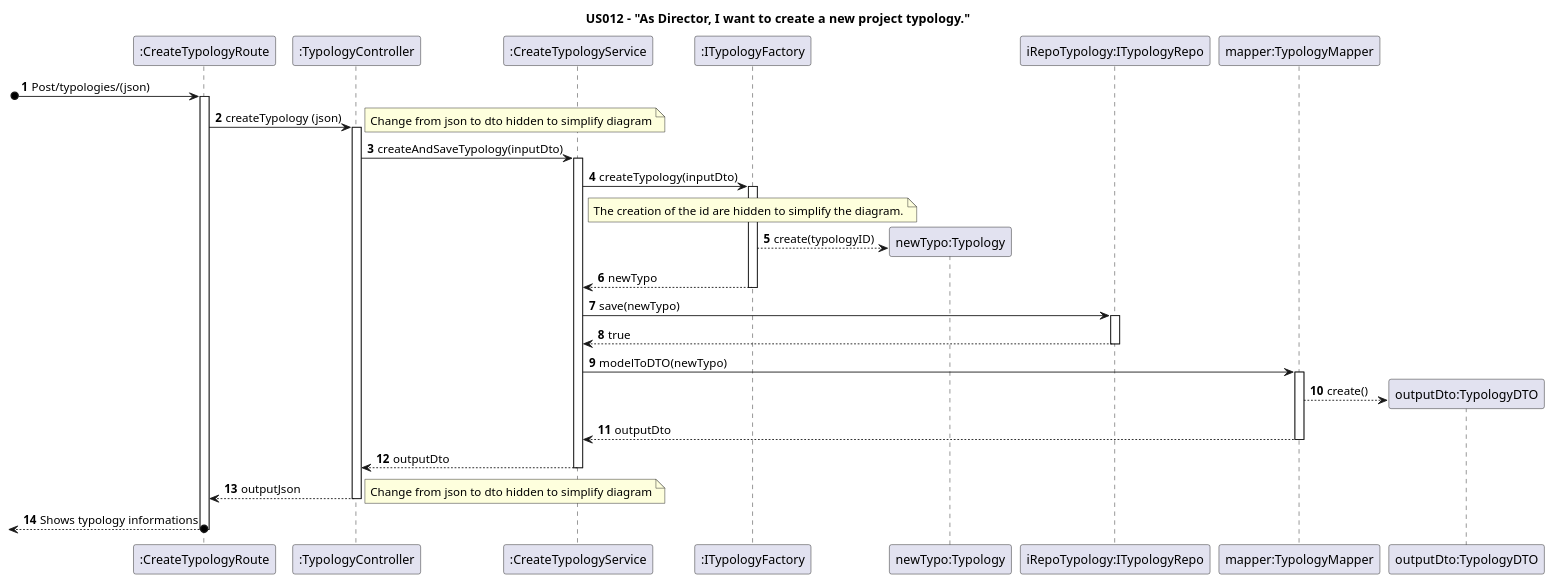
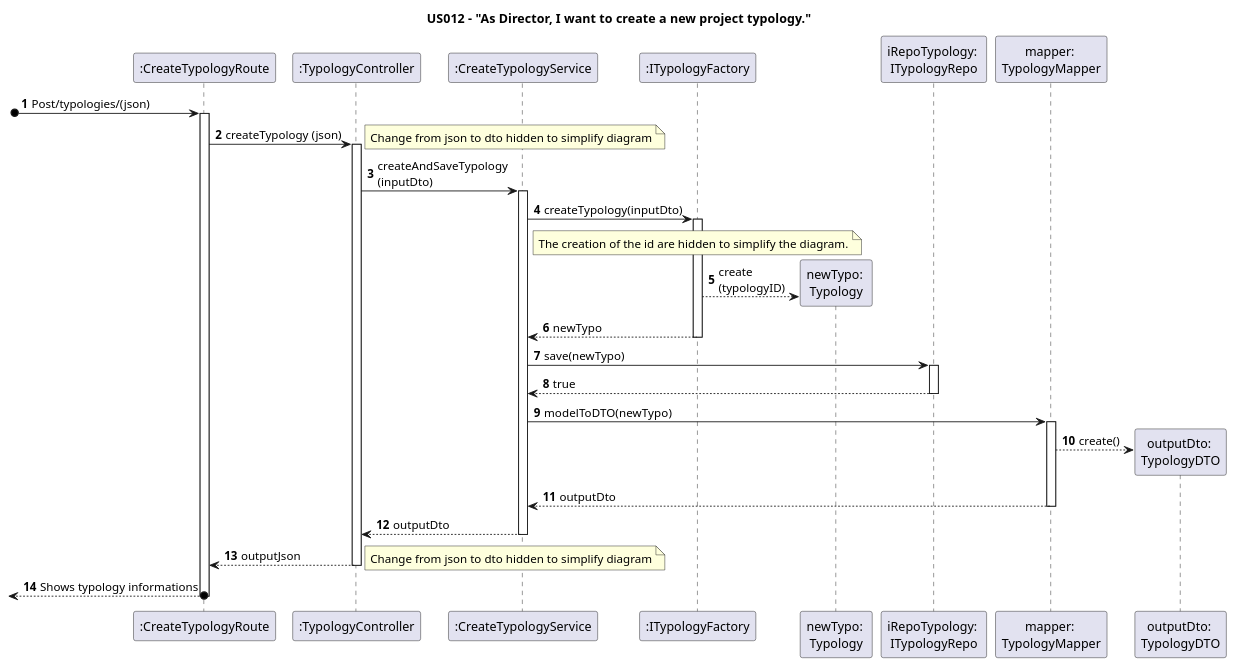
One commit to nunogon1211787/projectManagement changed the diagram in docs/Sprint1/US012/US012-SD.puml. Above: the diagram before and after it, drawn with PlantUML. The commit also changed 12 other files, not shown here.

```diff
--- a/docs/Sprint1/US012/US012-SD.puml
+++ b/docs/Sprint1/US012/US012-SD.puml
@@ -1,61 +1,61 @@
 @startuml
 
 title US012 - "As Director, I want to create a new project typology."
 
 autoactivate on
 autonumber
 
 participant ":CreateTypologyRoute" as Router
 participant ":TypologyController" as Controller
 participant ":CreateTypologyService" as Service
 participant ":ITypologyFactory" as TypoFactory
 'participant "typoIDFact: ITypologyIDFactory" as IdFactory
 'participant "descFact:IDescriptionFactory" as DesFactory
-participant "newTypo:Typology" as Typology
+participant "newTypo: \nTypology" as Typology
 'participant "typologyID:TypologyID" as Id
 'participant "description:Description" as Description
-participant "iRepoTypology:ITypologyRepo" as Repository
-participant "mapper:TypologyMapper" as Mapper
-participant "outputDto:TypologyDTO" as outputDTO
+participant "iRepoTypology: \nITypologyRepo" as Repository
+participant "mapper: \nTypologyMapper" as Mapper
+participant "outputDto: \nTypologyDTO" as outputDTO
 
 [o-> Router: Post/typologies/(json)
 Router -> Controller: createTypology (json)
 note right
 Change from json to dto hidden to simplify diagram
 end note
 'note over Controller: Service is parameter with @Autowired
-Controller -> Service: createAndSaveTypology(inputDto)
+Controller -> Service: createAndSaveTypology\n(inputDto)
 'note over Service: typoFact, repoTypo and mapper are parameters with @Autowired
 Service -> TypoFactory: createTypology(inputDto)
 note over TypoFactory : The creation of the id are hidden to simplify the diagram.
 
 'TypoFactory -> IdFactory: createId(inputDto)
 'note over TypoFactory: The typoIDFact is parameter with @Autowired
 'IdFactory -> DesFactory: createDescription(inputDto.description)
 'note over IdFactory: The descFact is parameter with @Autowired
 'DesFactory --> Description**: create(inputDto.description)
 'return description
 'IdFactory --> Id**: create(description)
 'return typologyID
-TypoFactory --> Typology**: create(typologyID)
+TypoFactory --> Typology**: create\n(typologyID)
 return newTypo
 'alt successful case
     Service -> Repository: save(newTypo)
     'alt successful case
       '  Repository -> Repository: existsByTypologyID(newTypo)
       '  deactivate Repository
     'end
 return true
 'end
 Service -> Mapper: modelToDTO(newTypo)
 Mapper --> outputDTO**: create()
 return outputDto
 return outputDto
 return outputJson
 note right
 Change from json to dto hidden to simplify diagram
 end note
 'note over Controller: The Controller uses the Response Entity class to create a response in JSON format using the dto received from Service layer and defining the HTTP status.
 [<--o Router: Shows typology informations
 
 @enduml
```
